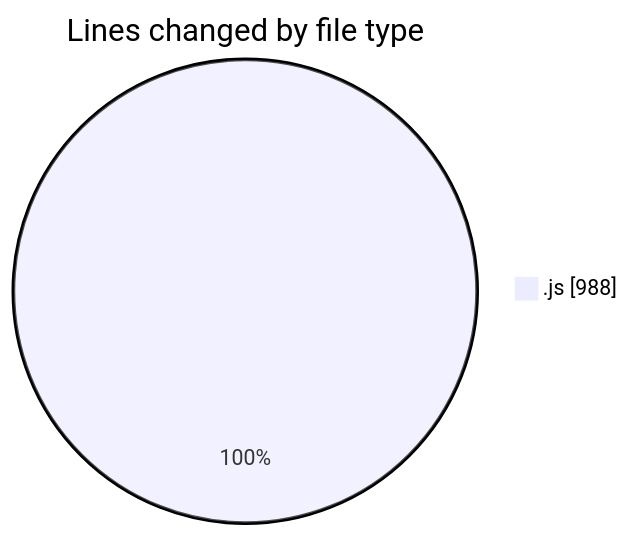
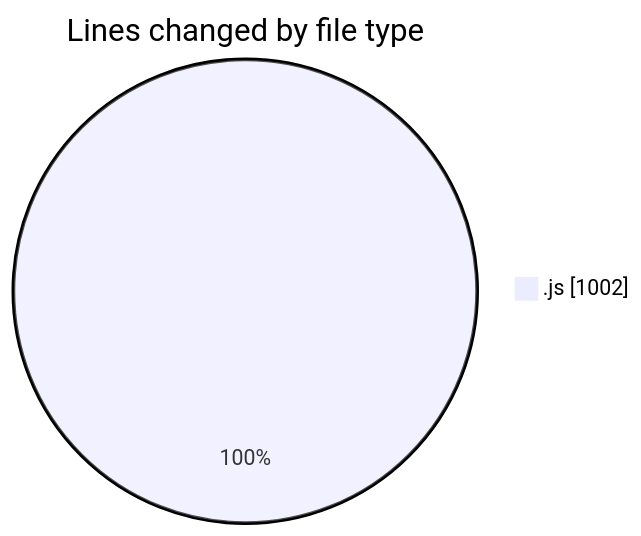
Before and after one commit to nxtqubesakshisongat/code-tracking: the first of 2 diagrams in 2025-11-02/nxtqube_webapp/README.md, drawn with Mermaid. The commit also changed other lines of this file and 1 other file, not shown here.

````diff
--- a/2025-11-02/nxtqube_webapp/README.md
+++ b/2025-11-02/nxtqube_webapp/README.md
@@ -23,5 +23,5 @@
 ```mermaid
 pie showData
 title Lines changed by file type
-".js" : 988
+".js" : 1002
 ```
````
